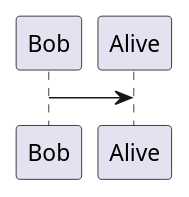
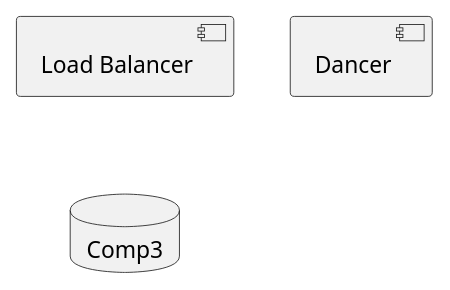
The diagram in src/main/jbake/content/documentation/index.adoc (dancier/documentation), drawn with PlantUML before and after one commit. The commit also changed 1 other file, not shown here.

Commit message:
added graphviz

```diff
--- a/src/main/jbake/content/documentation/index.adoc
+++ b/src/main/jbake/content/documentation/index.adoc
@@ -11,6 +11,10 @@
 [plantuml]
 ....
 @startuml
-Bob->Alive
+
+[Load Balancer] as com
+[Dancer] as Comp2
+Database Comp3
+
 @enduml
 ....
```
